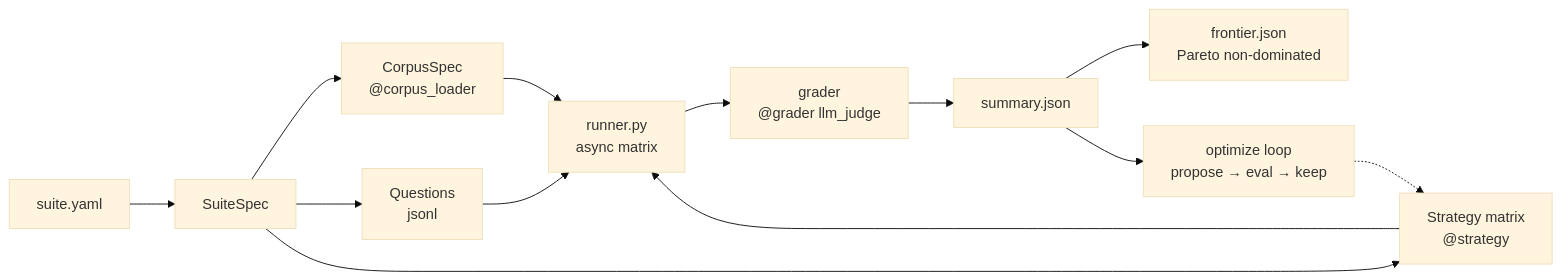
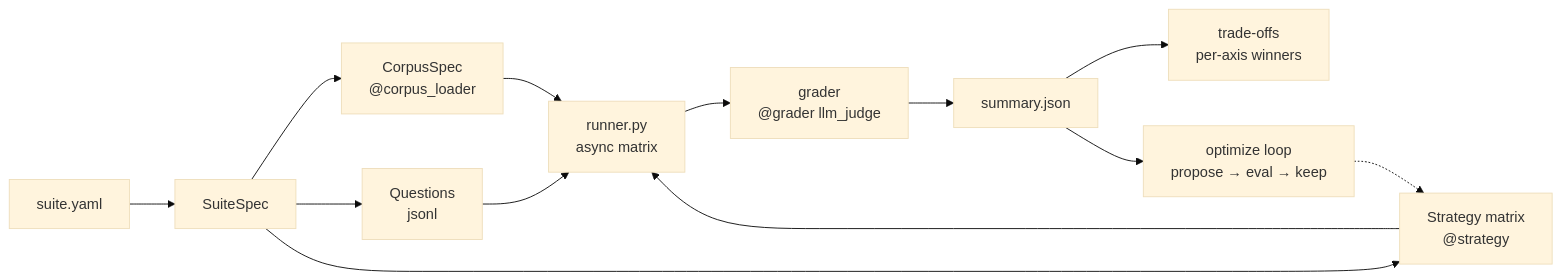
The diagram in README.md (yanhann10/context-curation-bench), drawn with Mermaid (base theme) before and after one commit. The commit also changed other lines of this file, not shown here.

First line of the commit message:
README: drop frontier/dominated rhetoric, normalize latency to × hier, remove $ amounts

````diff
--- a/README.md
+++ b/README.md
@@ -109,15 +88,15 @@
 ```mermaid
 flowchart LR
   Y["suite.yaml"] --> S["SuiteSpec"]
   S --> C["CorpusSpec<br>@corpus_loader"]
   S --> D["Questions<br>jsonl"]
   S --> M["Strategy matrix<br>@strategy"]
   C --> R["runner.py<br>async matrix"]
   D --> R
   M --> R
   R --> G["grader<br>@grader llm_judge"]
   G --> U["summary.json"]
-  U --> F["frontier.json<br>Pareto non-dominated"]
+  U --> F["trade-offs<br>per-axis winners"]
   U --> O["optimize loop<br>propose → eval → keep"]
   O -.-> M
 ```
````
